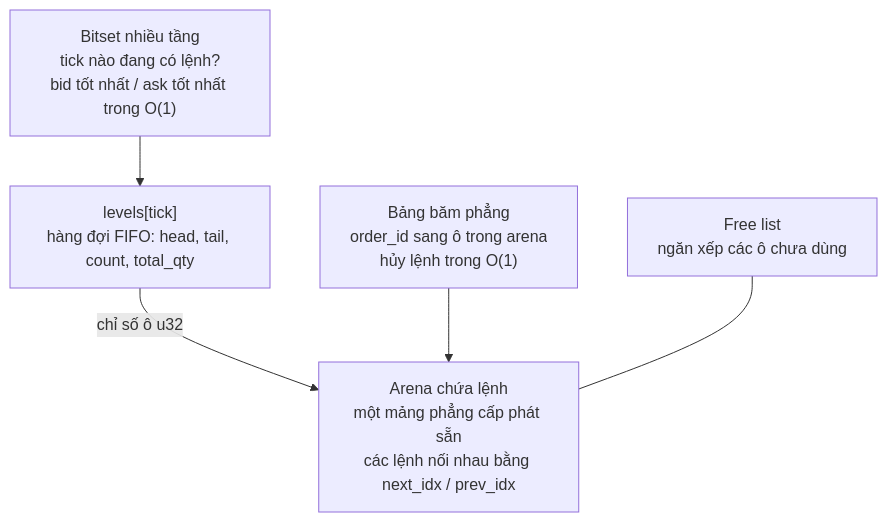
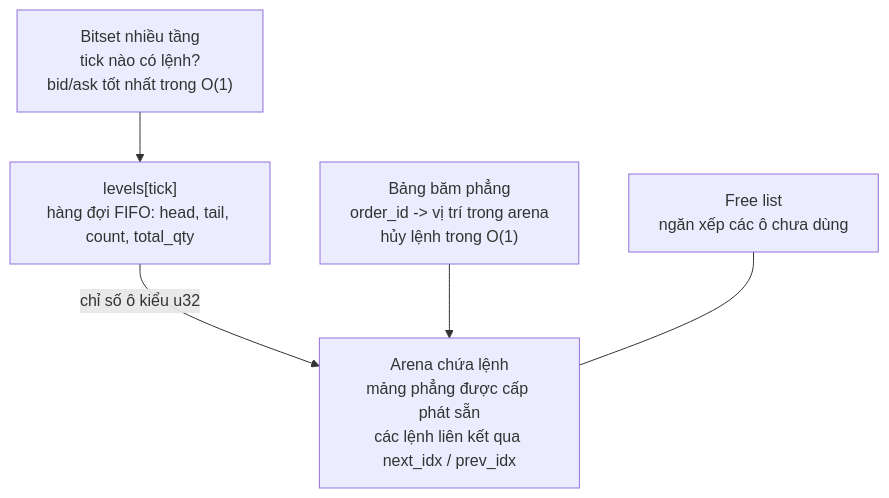
The second of 2 diagrams in README.vi.md (daohainam/rust-matching-engine), drawn with Mermaid before and after one commit. The commit also changed other lines of this file and 12 other files, not shown here.

````diff
--- a/README.vi.md
+++ b/README.vi.md
@@ -139,7 +142,7 @@
 ```mermaid
 flowchart TB
-    BS["Bitset nhiều tầng<br/>tick nào đang có lệnh?<br/>bid tốt nhất / ask tốt nhất trong O(1)"] --> LV["levels[tick]<br/>hàng đợi FIFO: head, tail, count, total_qty"]
-    LV -->|"chỉ số ô u32"| OP["Arena chứa lệnh<br/>một mảng phẳng cấp phát sẵn<br/>các lệnh nối nhau bằng next_idx / prev_idx"]
-    HM["Bảng băm phẳng<br/>order_id sang ô trong arena<br/>hủy lệnh trong O(1)"] --> OP
+    BS["Bitset nhiều tầng<br/>tick nào có lệnh?<br/>bid/ask tốt nhất trong O(1)"] --> LV["levels[tick]<br/>hàng đợi FIFO: head, tail, count, total_qty"]
+    LV -->|"chỉ số ô kiểu u32"| OP["Arena chứa lệnh<br/>mảng phẳng được cấp phát sẵn<br/>các lệnh liên kết qua next_idx / prev_idx"]
+    HM["Bảng băm phẳng<br/>order_id -> vị trí trong arena<br/>hủy lệnh trong O(1)"] --> OP
     FL["Free list<br/>ngăn xếp các ô chưa dùng"] --- OP
 ```
````
